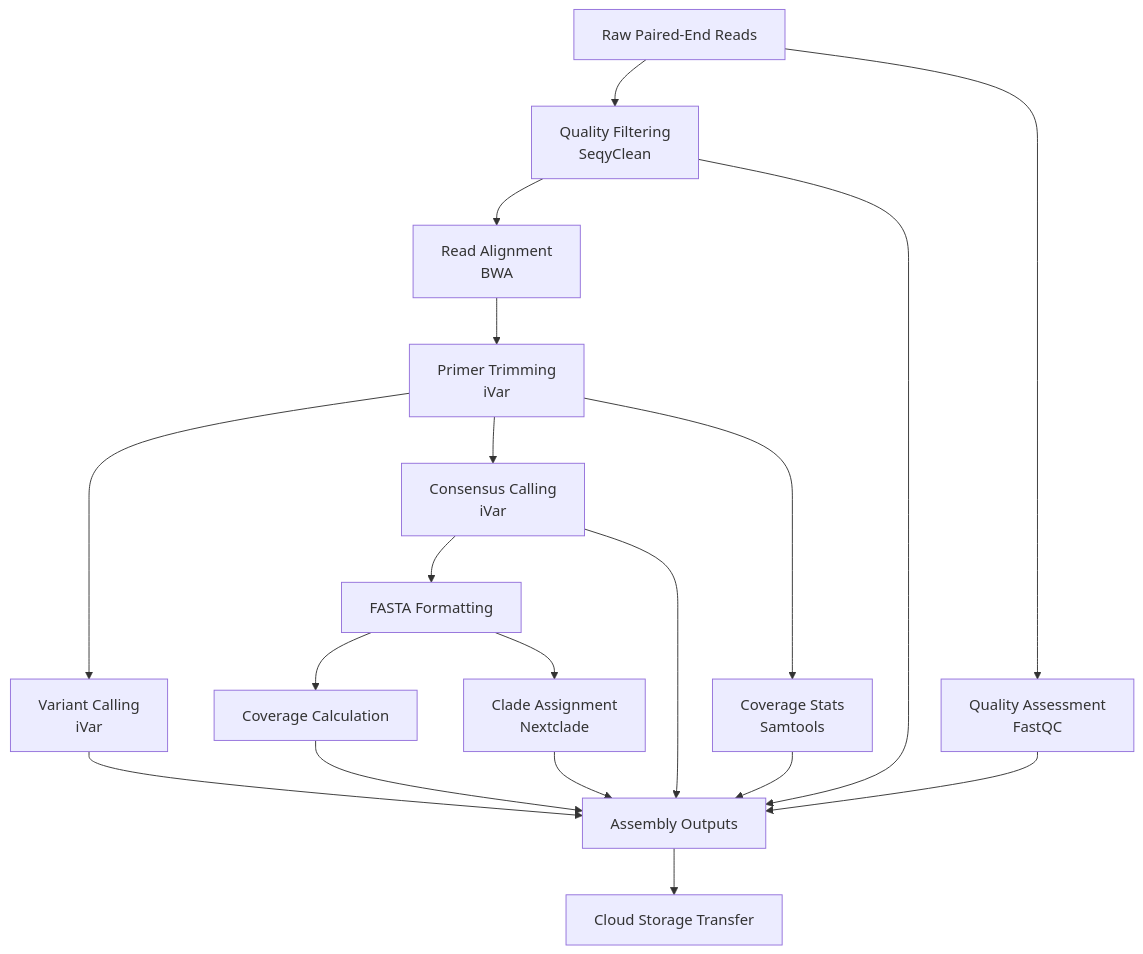
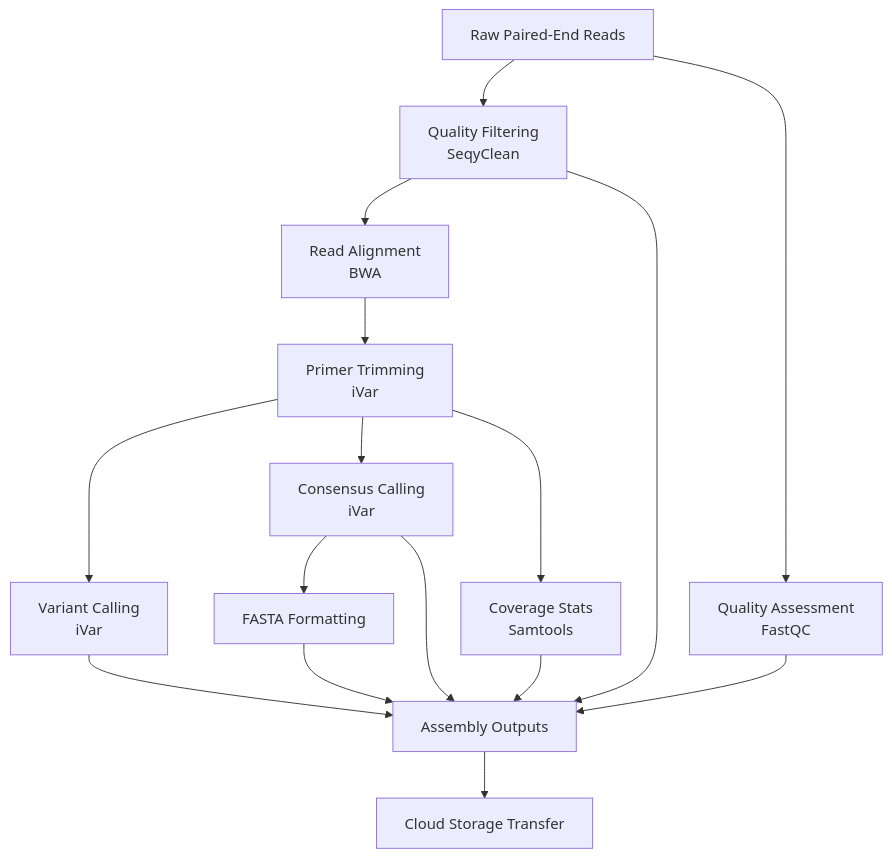
One commit to CDPHE-bioinformatics/CDPHE-Viral-Amplicon-WDL changed the first of 3 diagrams in README.md. Above: the diagram before and after it, drawn with Mermaid.

Commit message:
modified:   README.md

````diff
--- a/README.md
+++ b/README.md
@@ -27,15 +27,13 @@
 ```mermaid
 graph TD
     A[Raw Paired-End Reads] --> B[Quality Filtering<br/>SeqyClean]
     A --> C[Quality Assessment<br/>FastQC]
     B --> D[Read Alignment<br/>BWA]
     D --> E[Primer Trimming<br/>iVar]
     E --> F[Variant Calling<br/>iVar]
     E --> G[Consensus Calling<br/>iVar]
     E --> H[Coverage Stats<br/>Samtools]
     G --> I[FASTA Formatting]
-    I --> J[Coverage Calculation]
-    I --> K[Clade Assignment<br/>Nextclade]
-    B & C & F & G & H & J & K --> L[Assembly Outputs]
-    L --> M[Cloud Storage Transfer]
+    B & C & F & G & H & I --> J[Assembly Outputs]
+    J --> K[Cloud Storage Transfer]
 ```
````
